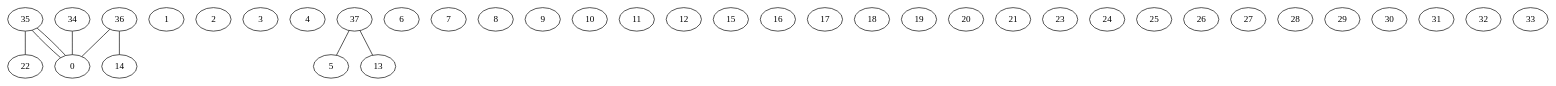
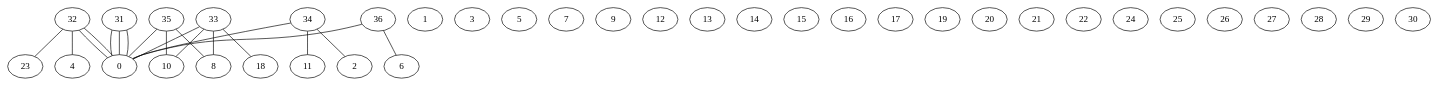
Before and after one commit to denizsurmeli/random-graph-generator: the diagram in feeds/out/O-9-38-38-SA.dot, drawn with Graphviz. The commit also changed 670 other files, not shown here.

```diff
--- a/feeds/out/O-9-38-38-SA.dot
+++ b/feeds/out/O-9-38-38-SA.dot
@@ -1,48 +1,58 @@
 graph G {
 0;
 1;
 2;
 3;
 4;
 5;
 6;
 7;
 8;
 9;
 10;
 11;
 12;
 13;
 14;
 15;
 16;
 17;
 18;
 19;
 20;
 21;
 22;
 23;
 24;
 25;
 26;
 27;
 28;
 29;
 30;
 31;
 32;
 33;
 34;
 35;
 36;
-37;
-37--13 ;
-37--5 ;
-36--14 ;
+36--6 ;
 36--0 ;
+35--10 ;
 35--0 ;
-35--22 ;
-35--0 ;
+35--8 ;
+34--2 ;
+34--11 ;
 34--0 ;
+33--8 ;
+33--10 ;
+33--18 ;
+33--0 ;
+32--4 ;
+32--23 ;
+32--0 ;
+32--0 ;
+31--0 ;
+31--0 ;
+31--0 ;
 }
```
